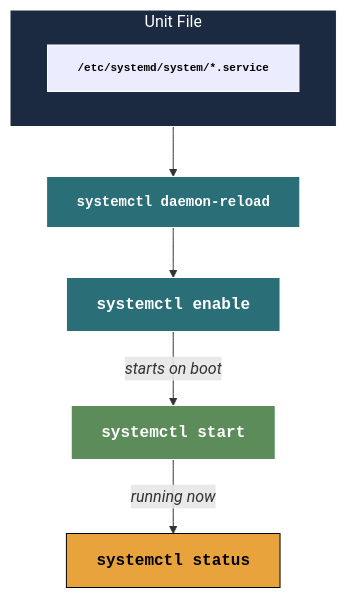
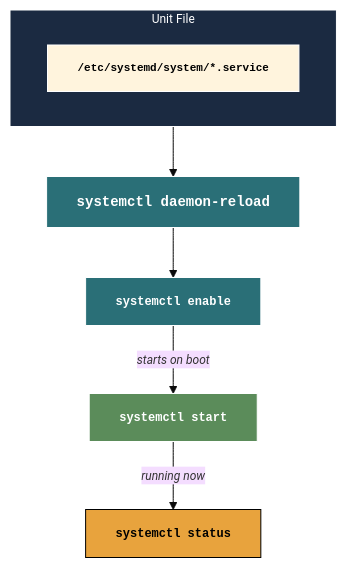
The first of 2 diagrams in lab10.qmd (mjfrigaard/do4ds-labs), drawn with Mermaid before and after one commit. The commit also changed other lines of this file and 510 other files, not shown here.

````diff
--- a/lab10.qmd
+++ b/lab10.qmd
@@ -49,25 +49,25 @@
 ```{mermaid}
 %%| fig-cap: 'Daemonizing with systemd'
 %%| fig-width: 7.0
 %%| fig-align: 'center'
-%%{init: {'theme': 'base', 'themeVariables': {'fontFamily': 'monospace', "fontSize":"12px"}}}}%%
+%%{init: {'theme': 'base', 'themeVariables': {'fontFamily': 'monospace', "fontSize":"12px"}}}%%
 
 graph TD
     subgraph Unit["Unit File"]
         DotService["<strong>/etc/systemd/system/*.service</strong>"]
     end
     Reload["<strong>systemctl daemon-reload</strong>"]
     Enable["<strong>systemctl enable</strong>"]
     Start["<strong>systemctl start</strong>"]
     Status["<strong>systemctl status</strong>"]
 
     Unit --> Reload --> Enable --"<em>starts on boot</em>"--> Start --"<em>running now</em>"--> Status
 
     style DotService stroke:#fff,stroke-width:1px,color:#000,font-family:monospace,font-size:11px
     style Unit fill:#1B2A41,stroke:#fff,stroke-width:1px,color:#fff
     style Reload fill:#2A6F77,stroke:#fff,stroke-width:1px,color:#fff,font-family:monospace,font-size:14px
     style Enable fill:#2A6F77,stroke:#fff,stroke-width:1px,color:#fff,font-family:monospace
     style Start fill:#5B8C5A,stroke:#fff,stroke-width:1px,color:#fff,font-family:monospace
     style Status fill:#E8A33D,stroke:#000,stroke-width:1px,color:#000,font-family:monospace
 
 ```
````
